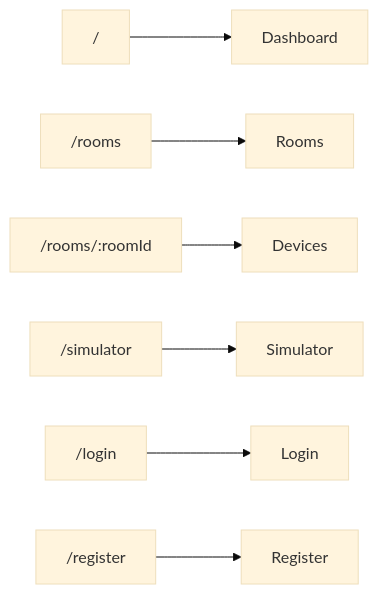
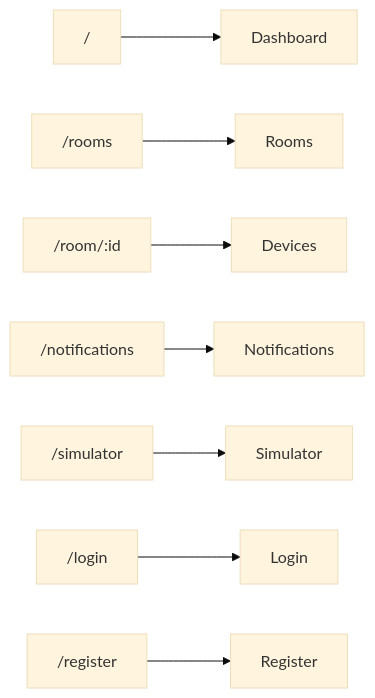
The third of 5 diagrams in docs/uml-diagram.md (jku-win-se/teaching-2026.ss.prse.braeuer.team5), drawn with Mermaid (base theme) before and after one commit. The commit also changed other lines of this file, not shown here.

Commit message:
#73 [0.1] Update UML diagram für release v0.1.1

````diff
--- a/docs/uml-diagram.md
+++ b/docs/uml-diagram.md
@@ -103,9 +84,10 @@
 ```mermaid
 graph LR
     root["/"] --> Dashboard
     rooms["/rooms"] --> Rooms
-    roomId["/rooms/:roomId"] --> Devices
+    roomId["/room/:id"] --> Devices
+    notifications["/notifications"] --> Notifications
     sim["/simulator"] --> Simulator
     login["/login"] --> Login
     register["/register"] --> Register
 ```
````
